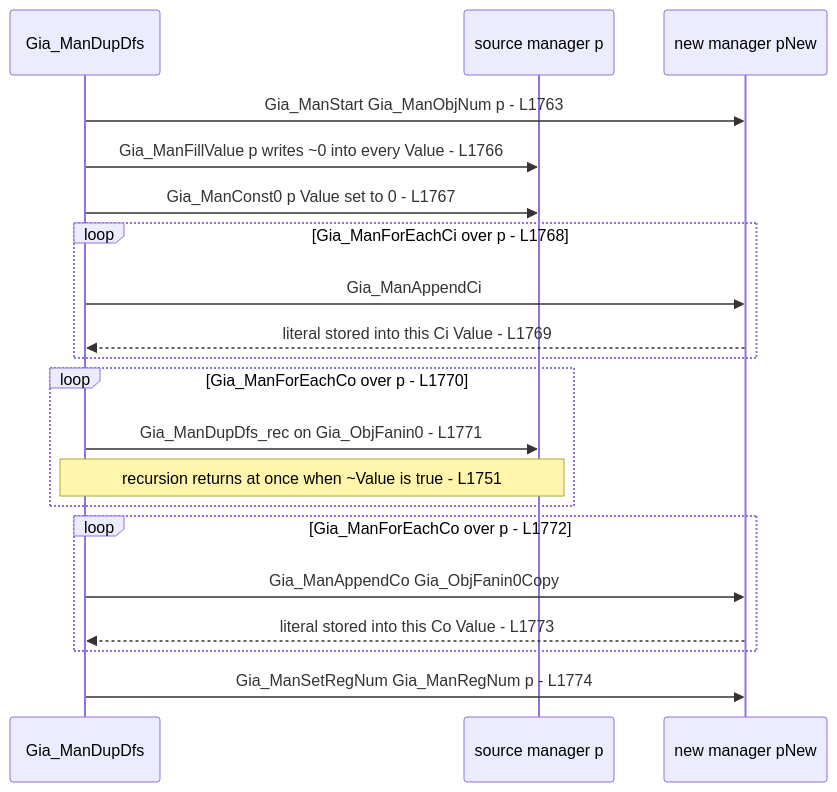
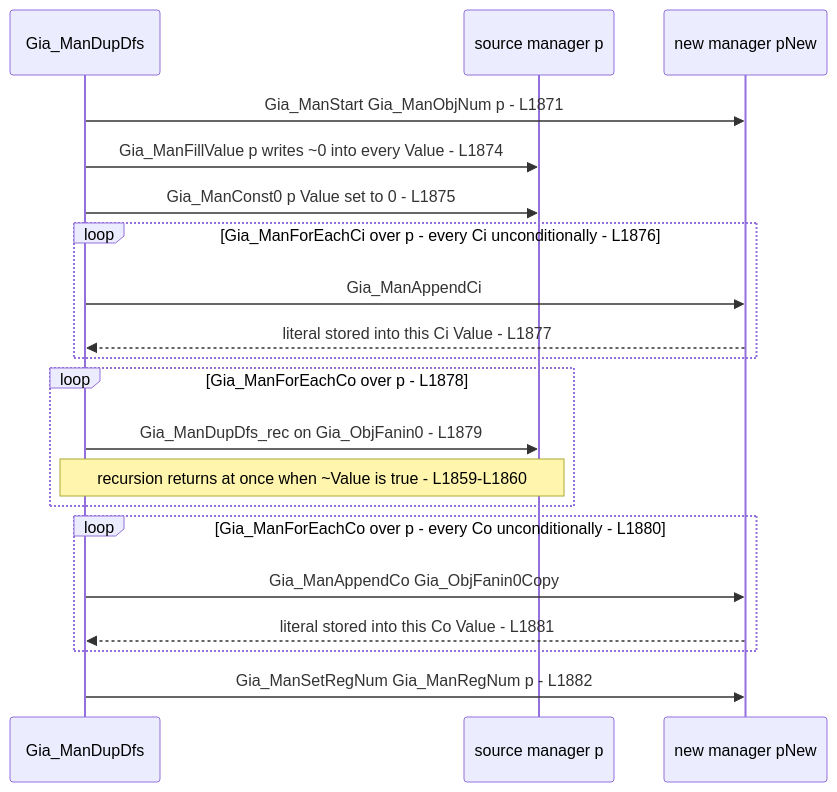
The ninth of 10 diagrams in src/aig/gia/README.md (blitzy-research/abc), drawn with Mermaid before and after one commit. The commit also changed other lines of this file and 3 other files, not shown here.

````diff
--- a/src/aig/gia/README.md
+++ b/src/aig/gia/README.md
@@ -1034,22 +1042,22 @@
 ```mermaid
 sequenceDiagram
     participant Pass as Gia_ManDupDfs
     participant Old as source manager p
     participant New as new manager pNew
-    Pass->>New: Gia_ManStart Gia_ManObjNum p - L1763
-    Pass->>Old: Gia_ManFillValue p writes ~0 into every Value - L1766
-    Pass->>Old: Gia_ManConst0 p Value set to 0 - L1767
-    loop Gia_ManForEachCi over p - L1768
+    Pass->>New: Gia_ManStart Gia_ManObjNum p - L1871
+    Pass->>Old: Gia_ManFillValue p writes ~0 into every Value - L1874
+    Pass->>Old: Gia_ManConst0 p Value set to 0 - L1875
+    loop Gia_ManForEachCi over p - every Ci unconditionally - L1876
         Pass->>New: Gia_ManAppendCi
-        New-->>Pass: literal stored into this Ci Value - L1769
+        New-->>Pass: literal stored into this Ci Value - L1877
     end
-    loop Gia_ManForEachCo over p - L1770
-        Pass->>Old: Gia_ManDupDfs_rec on Gia_ObjFanin0 - L1771
-        Note over Pass,Old: recursion returns at once when ~Value is true - L1751
+    loop Gia_ManForEachCo over p - L1878
+        Pass->>Old: Gia_ManDupDfs_rec on Gia_ObjFanin0 - L1879
+        Note over Pass,Old: recursion returns at once when ~Value is true - L1859-L1860
     end
-    loop Gia_ManForEachCo over p - L1772
+    loop Gia_ManForEachCo over p - every Co unconditionally - L1880
         Pass->>New: Gia_ManAppendCo Gia_ObjFanin0Copy
-        New-->>Pass: literal stored into this Co Value - L1773
+        New-->>Pass: literal stored into this Co Value - L1881
     end
-    Pass->>New: Gia_ManSetRegNum Gia_ManRegNum p - L1774
+    Pass->>New: Gia_ManSetRegNum Gia_ManRegNum p - L1882
 ```
````
